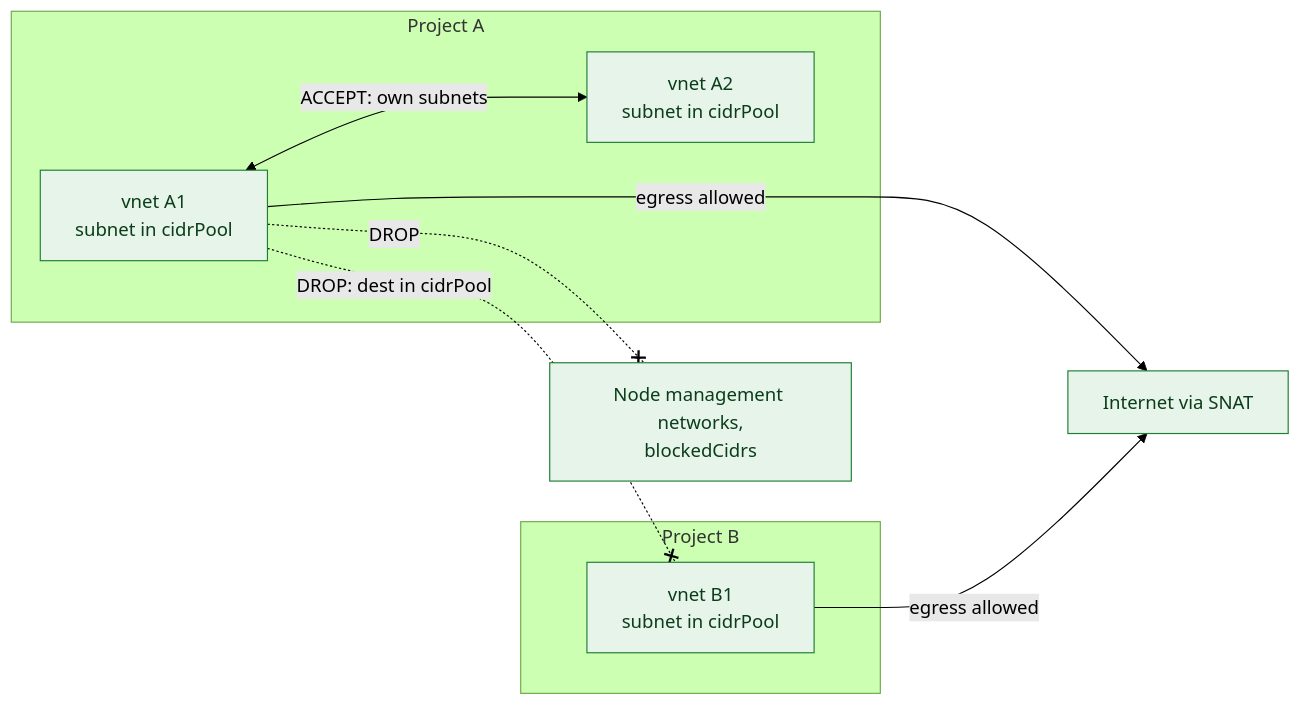
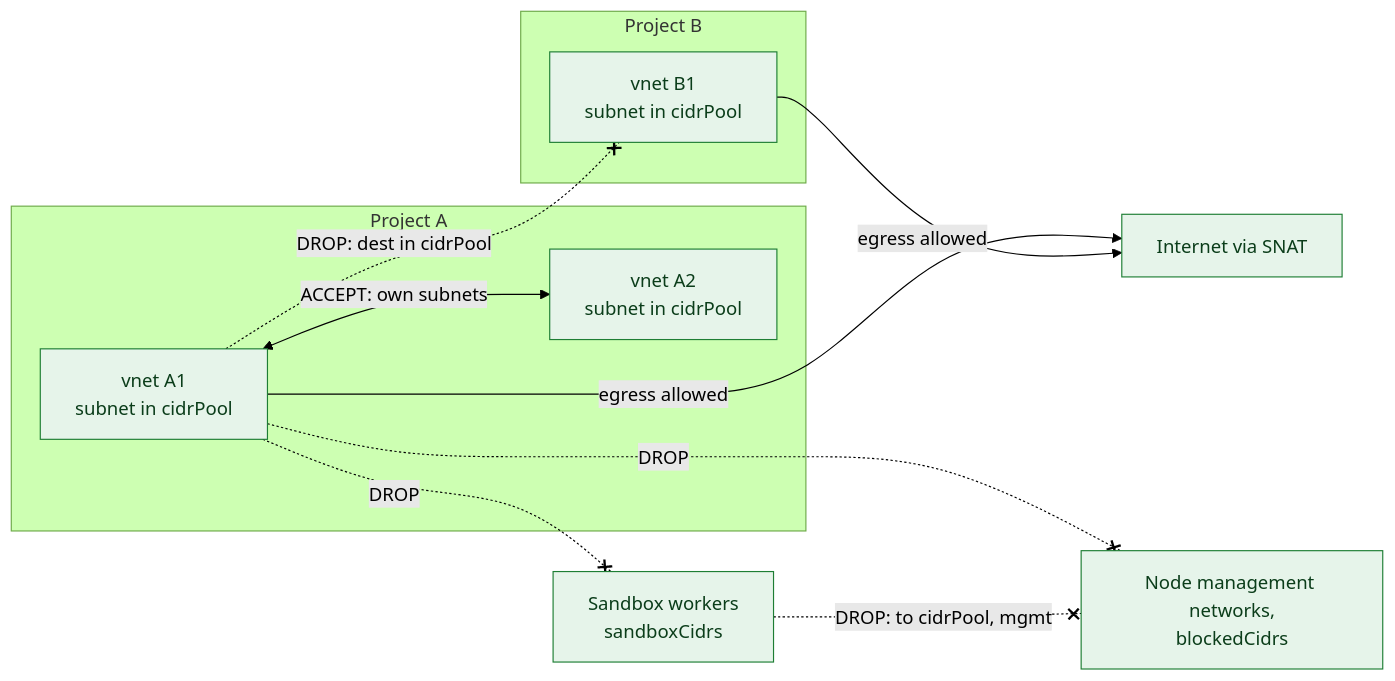
The first of 7 diagrams in docs/architecture/c4/c4-code.md (mutex-solutions/proxcloud), drawn with Mermaid (forest theme) before and after one commit. The commit also changed other lines of this file and 33 other files, not shown here.

````diff
--- a/docs/architecture/c4/c4-code.md
+++ b/docs/architecture/c4/c4-code.md
@@ -74,21 +79,24 @@
 ```mermaid
 flowchart LR
   classDef impl fill:#e6f4ea,stroke:#1e7e34,color:#0b3d1a
 
   subgraph pa["Project A"]
     va1["vnet A1<br/>subnet in cidrPool"]:::impl
     va2["vnet A2<br/>subnet in cidrPool"]:::impl
   end
   subgraph pb["Project B"]
     vb1["vnet B1<br/>subnet in cidrPool"]:::impl
   end
   inet["Internet via SNAT"]:::impl
 
   mgmt["Node management networks,<br/>blockedCidrs"]:::impl
+  sbx["Sandbox workers<br/>sandboxCidrs"]:::impl
 
   va1 <-->|"ACCEPT: own subnets"| va2
   va1 -.-x|"DROP: dest in cidrPool"| vb1
   va1 -.-x|"DROP"| mgmt
+  va1 -.-x|"DROP"| sbx
+  sbx -.-x|"DROP: to cidrPool, mgmt"| mgmt
   va1 -->|"egress allowed"| inet
   vb1 -->|"egress allowed"| inet
 ```
````
